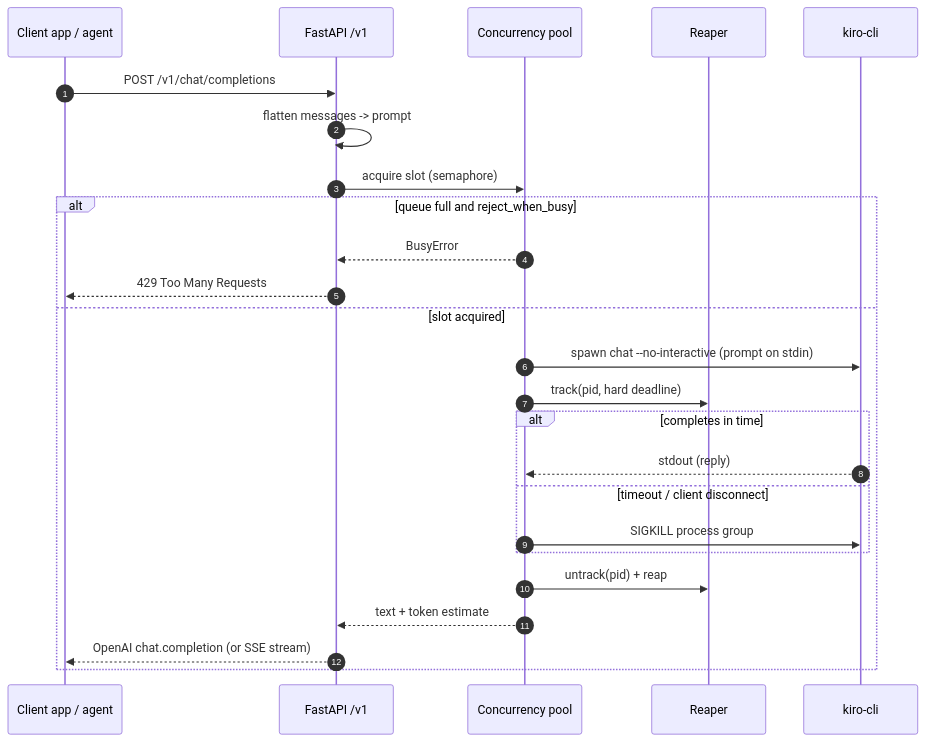
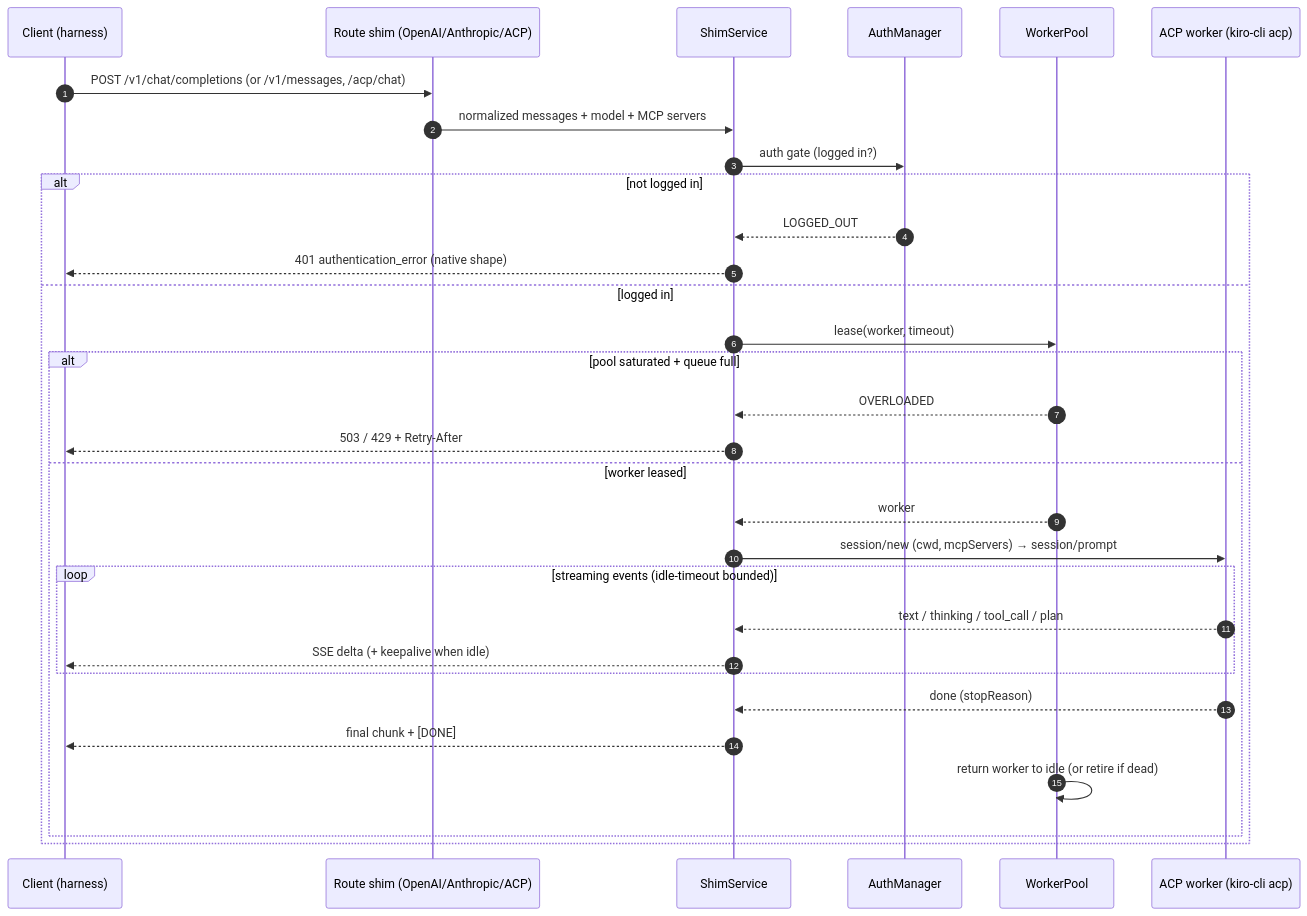
Before and after one commit to pve-homelab/Kiro-API: the diagram in docs/diagrams/request-flow.mmd, drawn with Mermaid. The commit also changed 110 other files, not shown here.

First line of the commit message:
V3: CLI-driven systemd service with elastic ACP worker pool

```diff
--- a/docs/diagrams/request-flow.mmd
+++ b/docs/diagrams/request-flow.mmd
@@ -1,26 +1,33 @@
+%% Kiro-API V3 — request lifecycle (one chat turn)
 sequenceDiagram
     autonumber
-    participant App as Client app / agent
-    participant API as FastAPI /v1
-    participant Pool as Concurrency pool
-    participant Reaper as Reaper
-    participant CLI as kiro-cli
+    participant C as Client (harness)
+    participant R as Route shim (OpenAI/Anthropic/ACP)
+    participant S as ShimService
+    participant A as AuthManager
+    participant P as WorkerPool
+    participant W as ACP worker (kiro-cli acp)
 
-    App->>API: POST /v1/chat/completions
-    API->>API: flatten messages -> prompt
-    API->>Pool: acquire slot (semaphore)
-    alt queue full and reject_when_busy
-        Pool-->>API: BusyError
-        API-->>App: 429 Too Many Requests
-    else slot acquired
-        Pool->>CLI: spawn chat --no-interactive (prompt on stdin)
-        Pool->>Reaper: track(pid, hard deadline)
-        alt completes in time
-            CLI-->>Pool: stdout (reply)
-        else timeout / client disconnect
-            Pool->>CLI: SIGKILL process group
+    C->>R: POST /v1/chat/completions (or /v1/messages, /acp/chat)
+    R->>S: normalized messages + model + MCP servers
+    S->>A: auth gate (logged in?)
+    alt not logged in
+        A-->>S: LOGGED_OUT
+        S-->>C: 401 authentication_error (native shape)
+    else logged in
+        S->>P: lease(worker, timeout)
+        alt pool saturated + queue full
+            P-->>S: OVERLOADED
+            S-->>C: 503 / 429 + Retry-After
+        else worker leased
+            P-->>S: worker
+            S->>W: session/new (cwd, mcpServers) → session/prompt
+            loop streaming events (idle-timeout bounded)
+                W-->>S: text / thinking / tool_call / plan
+                S-->>C: SSE delta (+ keepalive when idle)
+            end
+            W-->>S: done (stopReason)
+            S-->>C: final chunk + [DONE]
+            P->>P: return worker to idle (or retire if dead)
         end
-        Pool->>Reaper: untrack(pid) + reap
-        Pool-->>API: text + token estimate
-        API-->>App: OpenAI chat.completion (or SSE stream)
     end
```
